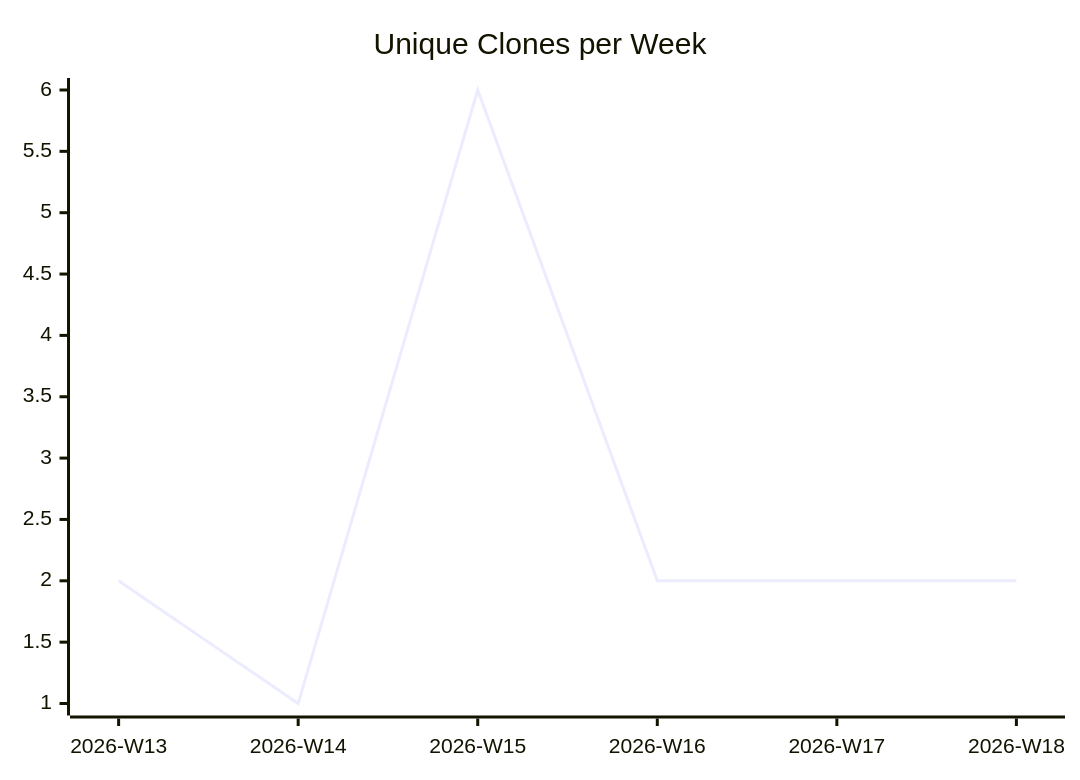
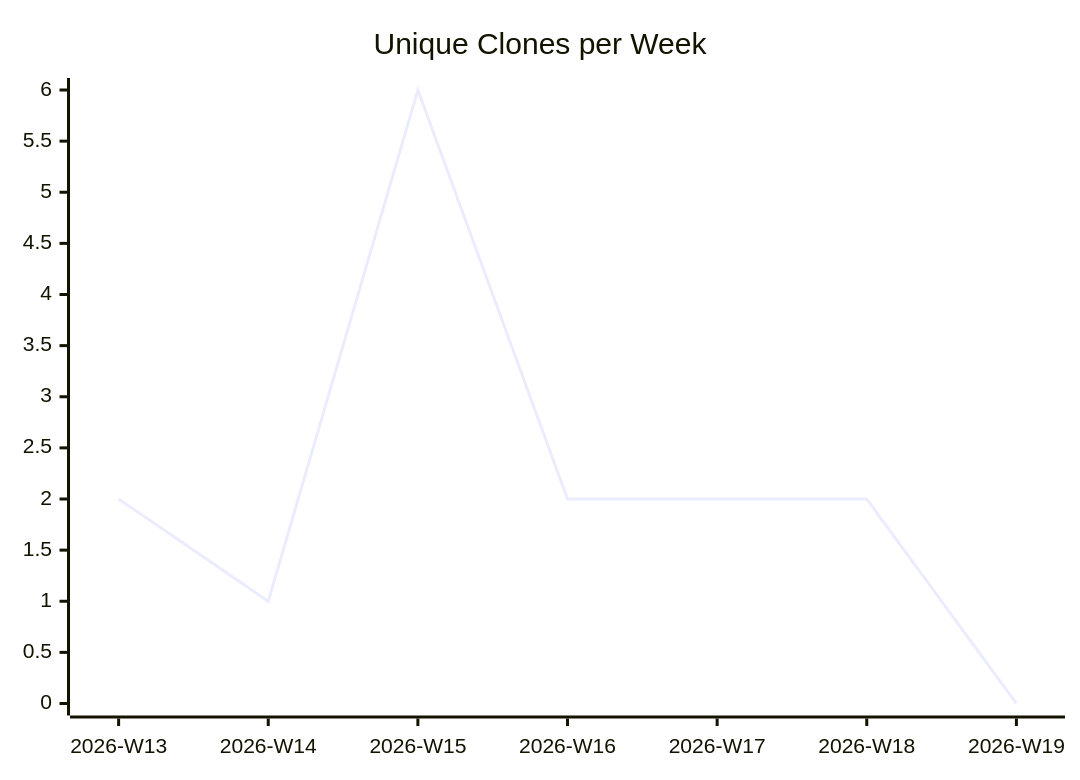
The third of 3 diagrams in karlmdavis/m2e-core/README.md (justdavis-family/github-analytics-data), drawn with Mermaid before and after one commit. The commit also changed other lines of this file and 187 other files, not shown here.

````diff
--- a/karlmdavis/m2e-core/README.md
+++ b/karlmdavis/m2e-core/README.md
@@ -19,6 +19,6 @@
 ```mermaid
 xychart-beta
   title "Unique Clones per Week"
-  x-axis ["2026-W13", "2026-W14", "2026-W15", "2026-W16", "2026-W17", "2026-W18"]
-  line [2, 1, 6, 2, 2, 2]
+  x-axis ["2026-W13", "2026-W14", "2026-W15", "2026-W16", "2026-W17", "2026-W18", "2026-W19"]
+  line [2, 1, 6, 2, 2, 2, 0]
 ```
````
